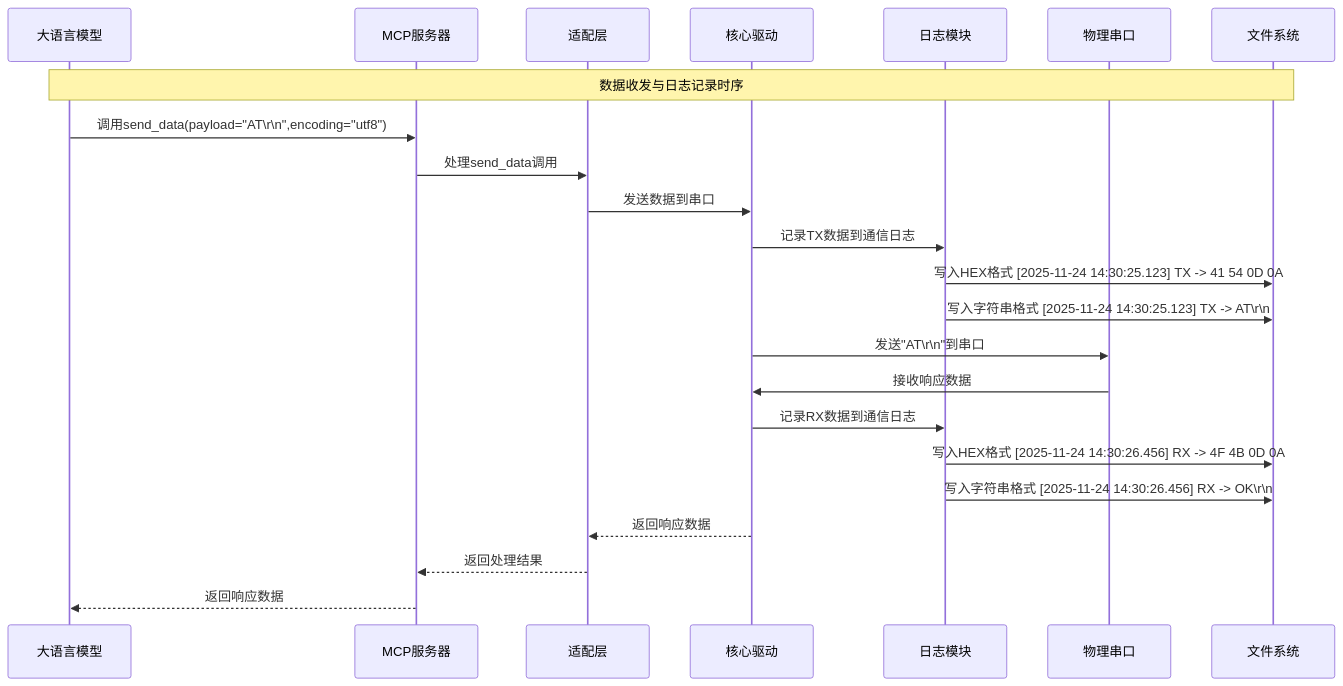
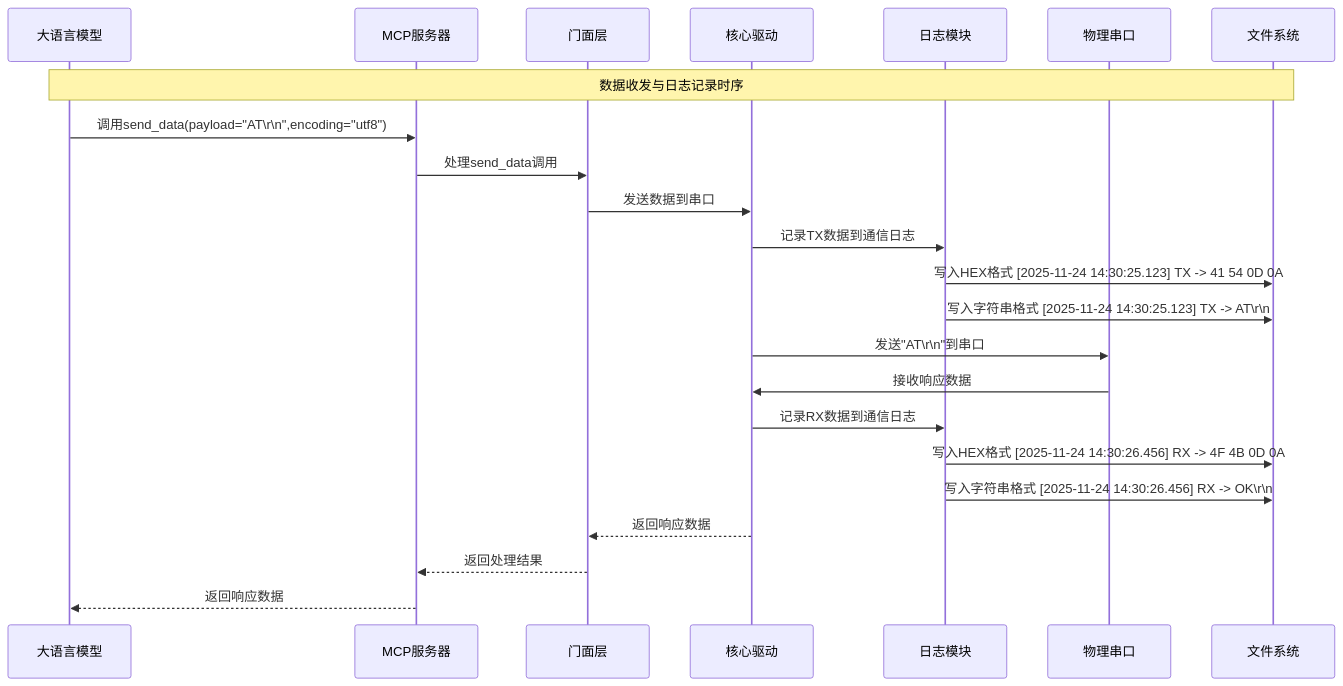
One commit to niusulong/serial2mcp1 changed the fifth of 5 diagrams in doc/14-日志存储功能扩展实现细节文档.md. Above: the diagram before and after it, drawn with Mermaid. The commit also changed other lines of this file and 14 other files, not shown here.

````diff
--- a/doc/14-日志存储功能扩展实现细节文档.md
+++ b/doc/14-日志存储功能扩展实现细节文档.md
@@ -217,27 +217,27 @@
 ```mermaid
 sequenceDiagram
     participant LLM as 大语言模型
     participant MCP as MCP服务器
-    participant Adapter as 适配层
+    participant Facade as 门面层
     participant Driver as 核心驱动
     participant Logger as 日志模块
     participant Serial as 物理串口
     participant FS as 文件系统
     
     Note over LLM, FS: 数据收发与日志记录时序
     
     LLM->>MCP: 调用send_data(payload="AT\r\n",encoding="utf8")
-    MCP->>Adapter: 处理send_data调用
-    Adapter->>Driver: 发送数据到串口
+    MCP->>Facade: 处理send_data调用
+    Facade->>Driver: 发送数据到串口
     Driver->>Logger: 记录TX数据到通信日志
     Logger->>FS: 写入HEX格式 [2025-11-24 14:30:25.123] TX -> 41 54 0D 0A
     Logger->>FS: 写入字符串格式 [2025-11-24 14:30:25.123] TX -> AT\r\n
     Driver->>Serial: 发送"AT\r\n"到串口
     Serial->>Driver: 接收响应数据
     Driver->>Logger: 记录RX数据到通信日志
     Logger->>FS: 写入HEX格式 [2025-11-24 14:30:26.456] RX -> 4F 4B 0D 0A
     Logger->>FS: 写入字符串格式 [2025-11-24 14:30:26.456] RX -> OK\r\n
-    Driver-->>Adapter: 返回响应数据
-    Adapter-->>MCP: 返回处理结果
+    Driver-->>Facade: 返回响应数据
+    Facade-->>MCP: 返回处理结果
     MCP-->>LLM: 返回响应数据
 ```
````
